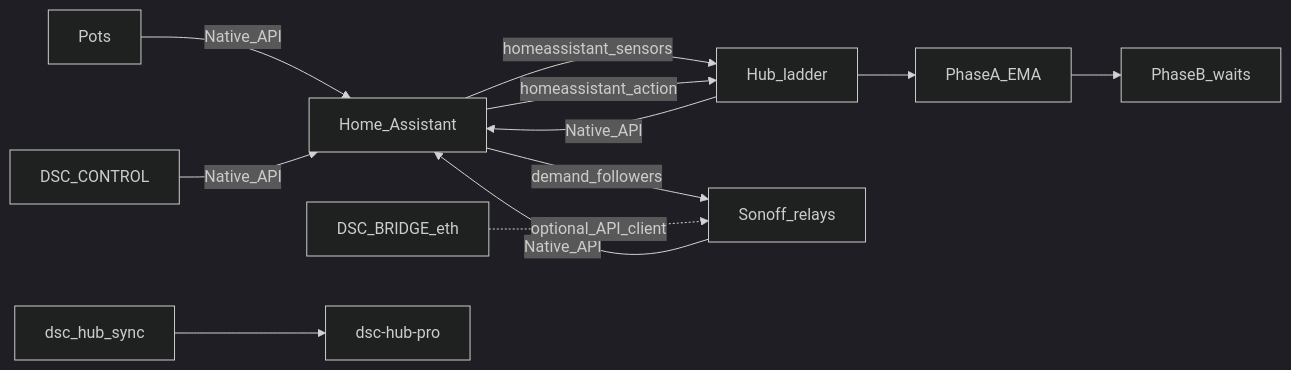
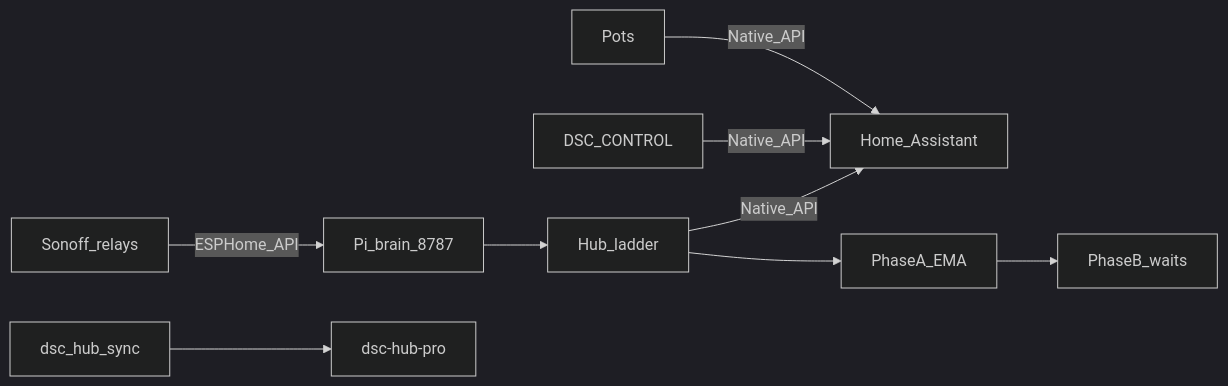
Before and after one commit to weddas/DSC-HUB: the diagram in README.md, drawn with Mermaid (dark theme). The commit also changed other lines of this file and 7 other files, not shown here.

````diff
--- a/README.md
+++ b/README.md
@@ -33,13 +33,10 @@
 ```mermaid
 flowchart LR
   Pots[Pots] -->|Native_API| HA[Home_Assistant]
   Panel[DSC_CONTROL] -->|Native_API| HA
   Hub[Hub_ladder] -->|Native_API| HA
-  Sonoffs[Sonoff_relays] -->|Native_API| HA
-  HA -->|homeassistant_sensors| Hub
-  HA -->|homeassistant_action| Hub
-  HA -->|demand_followers| Sonoffs
-  Bridge[DSC_BRIDGE_eth] -.->|optional_API_client| Sonoffs
+  Sonoffs[Sonoff_relays] -->|ESPHome_API| Brain[Pi_brain_8787]
+  Brain --> Hub
   Hub --> LearnA[PhaseA_EMA] --> LearnB[PhaseB_waits]
   Sync[dsc_hub_sync] --> Pro[dsc-hub-pro]
 ```
````
